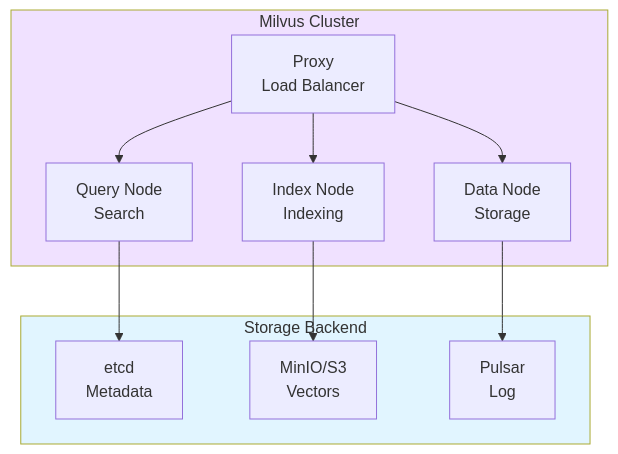
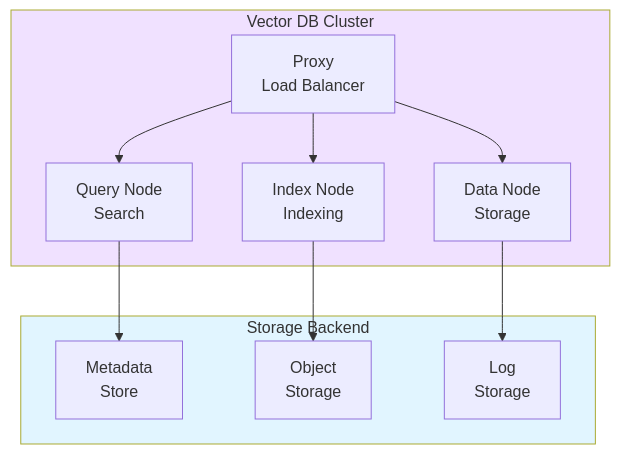
One commit to devfloor9/engineering-playbook changed the third of 9 diagrams in docs/agentic-ai-platform/design-architecture/agentic-platform-architecture.md. Above: the diagram before and after it, drawn with Mermaid. The commit also changed other lines of this file and 6 other files, not shown here.

First line of the commit message:
refactor: design-architecture 문서 흐름 재구성 + 콘텐츠 재배치

````diff
--- a/docs/agentic-ai-platform/design-architecture/agentic-platform-architecture.md
+++ b/docs/agentic-ai-platform/design-architecture/agentic-platform-architecture.md
@@ -225,25 +195,25 @@
 ```mermaid
 flowchart TD
-    subgraph MilvusCluster["Milvus Cluster"]
+    subgraph VectorCluster["Vector DB Cluster"]
         PROXY["Proxy<br/>Load Balancer"]
         QUERY["Query Node<br/>Search"]
         INDEX["Index Node<br/>Indexing"]
         DATA["Data Node<br/>Storage"]
     end
 
     subgraph Storage["Storage Backend"]
-        ETCD["etcd<br/>Metadata"]
-        MINIO["MinIO/S3<br/>Vectors"]
-        PULSAR["Pulsar<br/>Log"]
+        META["Metadata<br/>Store"]
+        OBJ["Object<br/>Storage"]
+        LOG["Log<br/>Storage"]
     end
 
     PROXY --> QUERY
     PROXY --> INDEX
     PROXY --> DATA
-    QUERY --> ETCD
-    INDEX --> MINIO
-    DATA --> PULSAR
+    QUERY --> META
+    INDEX --> OBJ
+    DATA --> LOG
 
-    style MilvusCluster fill:#f0e1ff
+    style VectorCluster fill:#f0e1ff
     style Storage fill:#e1f5ff
 ```
````
